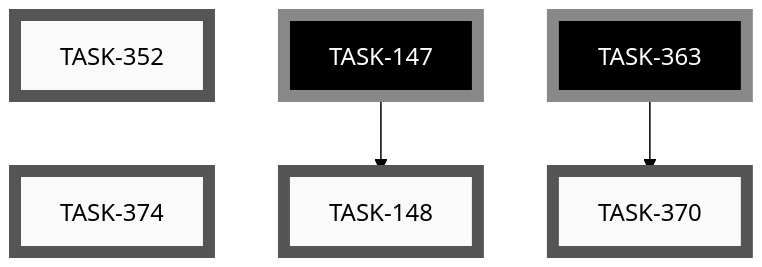
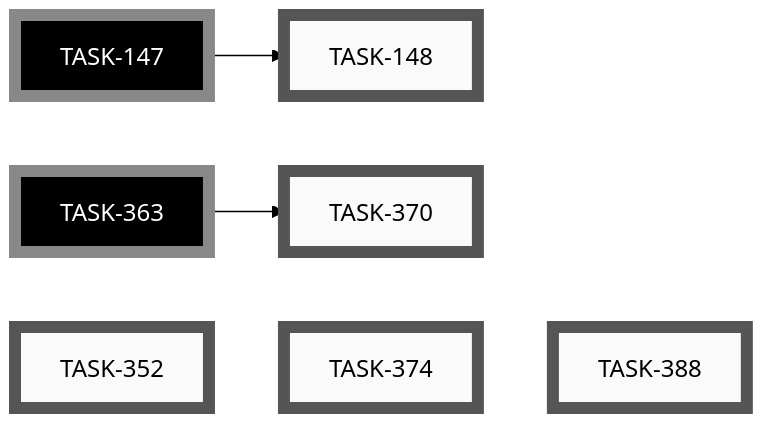
Diagram 11 of 11 in docs/developers/tasks/EPICS.md (tgd1975/AwesomeGuitarPedal), drawn with Mermaid (forest theme) before and after one commit. The commit also changed other lines of this file and 3 other files, not shown here.

First line of the commit message:
docs(tasks): scaffold TASK-388 — fix nodemcu-32s-test PlatformIO env (i_button.h + FakeSerial)

````diff
--- a/docs/developers/tasks/EPICS.md
+++ b/docs/developers/tasks/EPICS.md
@@ -395,24 +395,26 @@
 ```mermaid
-graph TD
+graph LR
     TASK_148["TASK-148"]:::open
     TASK_352["TASK-352"]:::open
     TASK_370["TASK-370"]:::open
     TASK_374["TASK-374"]:::open
+    TASK_388["TASK-388"]:::open
     TASK_147["TASK-147"]:::openExt
     TASK_363["TASK-363"]:::openExt
     TASK_147 --> TASK_148
     TASK_363 --> TASK_370
-    TASK_352 ~~~ TASK_374
+    TASK_352 ~~~ TASK_374 ~~~ TASK_388
     click TASK_148 "open/task-148-reorganise-developer-documentation.md"
     click TASK_352 "open/task-352-investigate-pre-commit-hook-latency.md"
     click TASK_370 "open/task-370-make-schemdraw-svgs-deterministic.md"
     click TASK_374 "open/task-374-make-release-yml-tolerate-locally-archived-closed-tasks.md"
+    click TASK_388 "open/task-388-fix-nodemcu-32s-test-pio-env-so-on-device-button-tests-build.md"
     classDef open    fill:#FAFAFA,stroke:#555,stroke-width:8px,color:#000
     classDef active  fill:#FAFAFA,stroke:#1A6FA8,stroke-width:8px,color:#000
     classDef closed  fill:#FAFAFA,stroke:#3F8B53,stroke-width:8px,color:#000
     classDef paused  fill:#FAFAFA,stroke:#B07810,stroke-width:8px,color:#000
     classDef openExt    fill:#000,stroke:#888,stroke-width:8px,color:#FFF
     classDef activeExt  fill:#000,stroke:#3FA9F5,stroke-width:8px,color:#FFF
     classDef closedExt  fill:#000,stroke:#7CC68A,stroke-width:8px,color:#FFF
     classDef pausedExt  fill:#000,stroke:#F0B030,stroke-width:8px,color:#FFF
 ```
````
